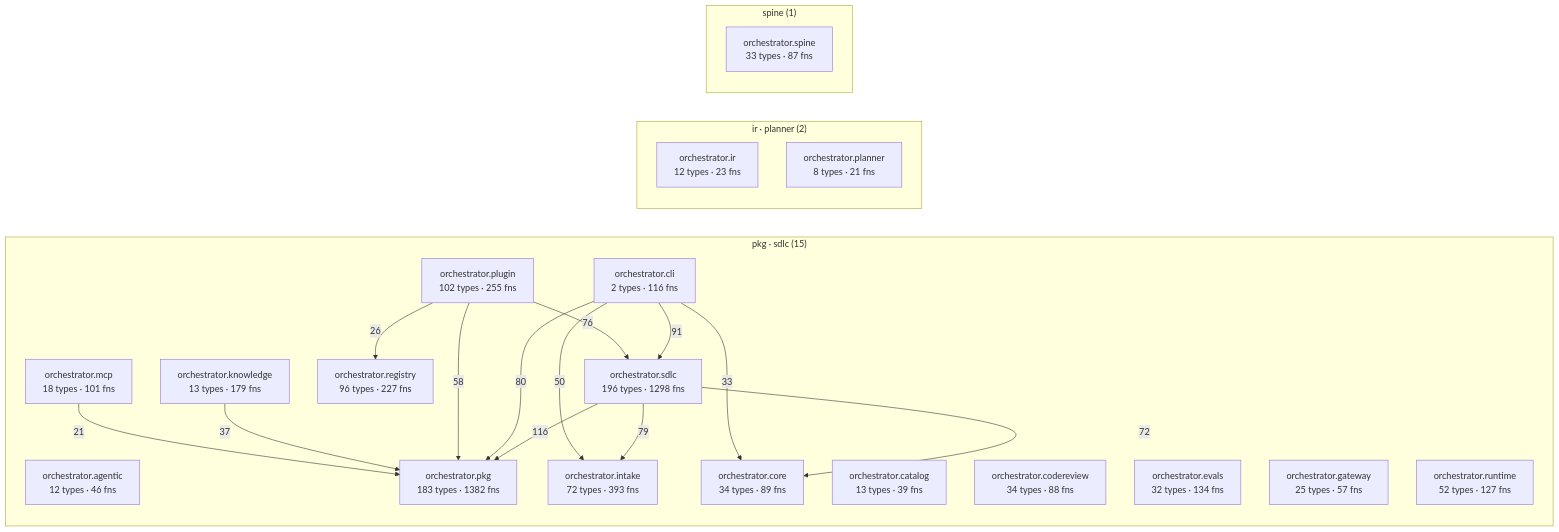
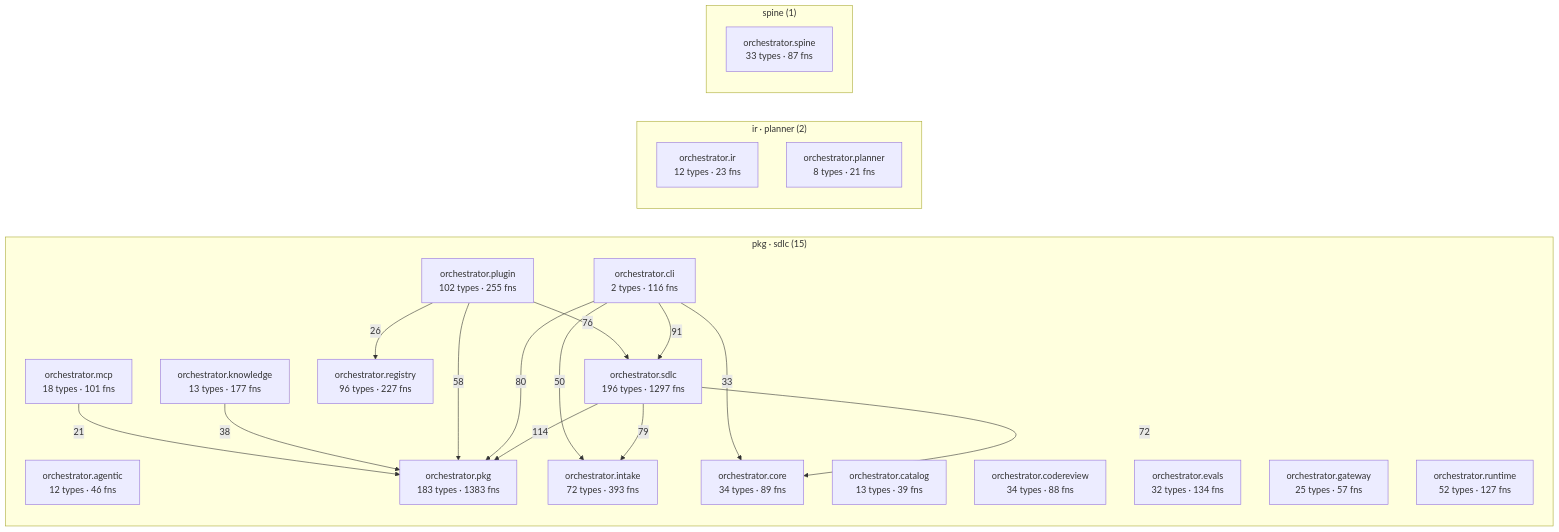
Before and after one commit to synaptixs/spine: the diagram in episteme/architecture.md, drawn with Mermaid. The commit also changed other lines of this file and 20 other files, not shown here.

````diff
--- a/episteme/architecture.md
+++ b/episteme/architecture.md
@@ -56,39 +56,39 @@
 ```mermaid
 flowchart LR
   subgraph c_2["pkg · sdlc (15)"]
     aorchestratoragentic["orchestrator.agentic<br/>12 types · 46 fns"]
     aorchestratorcatalog["orchestrator.catalog<br/>13 types · 39 fns"]
     aorchestratorcli["orchestrator.cli<br/>2 types · 116 fns"]
     aorchestratorcodereview["orchestrator.codereview<br/>34 types · 88 fns"]
     aorchestratorcore["orchestrator.core<br/>34 types · 89 fns"]
     aorchestratorevals["orchestrator.evals<br/>32 types · 134 fns"]
     aorchestratorgateway["orchestrator.gateway<br/>25 types · 57 fns"]
     aorchestratorintake["orchestrator.intake<br/>72 types · 393 fns"]
-    aorchestratorknowledge["orchestrator.knowledge<br/>13 types · 179 fns"]
+    aorchestratorknowledge["orchestrator.knowledge<br/>13 types · 177 fns"]
     aorchestratormcp["orchestrator.mcp<br/>18 types · 101 fns"]
-    aorchestratorpkg["orchestrator.pkg<br/>183 types · 1382 fns"]
+    aorchestratorpkg["orchestrator.pkg<br/>183 types · 1383 fns"]
     aorchestratorplugin["orchestrator.plugin<br/>102 types · 255 fns"]
     aorchestratorregistry["orchestrator.registry<br/>96 types · 227 fns"]
     aorchestratorruntime["orchestrator.runtime<br/>52 types · 127 fns"]
-    aorchestratorsdlc["orchestrator.sdlc<br/>196 types · 1298 fns"]
+    aorchestratorsdlc["orchestrator.sdlc<br/>196 types · 1297 fns"]
   end
   subgraph c_6["ir · planner (2)"]
     aorchestratorir["orchestrator.ir<br/>12 types · 23 fns"]
     aorchestratorplanner["orchestrator.planner<br/>8 types · 21 fns"]
   end
   subgraph c_11["spine (1)"]
     aorchestratorspine["orchestrator.spine<br/>33 types · 87 fns"]
   end
-  aorchestratorsdlc -->|116| aorchestratorpkg
+  aorchestratorsdlc -->|114| aorchestratorpkg
   aorchestratorcli -->|91| aorchestratorsdlc
   aorchestratorcli -->|80| aorchestratorpkg
   aorchestratorsdlc -->|79| aorchestratorintake
   aorchestratorplugin -->|76| aorchestratorsdlc
   aorchestratorsdlc -->|72| aorchestratorcore
   aorchestratorplugin -->|58| aorchestratorpkg
   aorchestratorcli -->|50| aorchestratorintake
-  aorchestratorknowledge -->|37| aorchestratorpkg
+  aorchestratorknowledge -->|38| aorchestratorpkg
   aorchestratorcli -->|33| aorchestratorcore
   aorchestratorplugin -->|26| aorchestratorregistry
   aorchestratormcp -->|21| aorchestratorpkg
 ```
````
